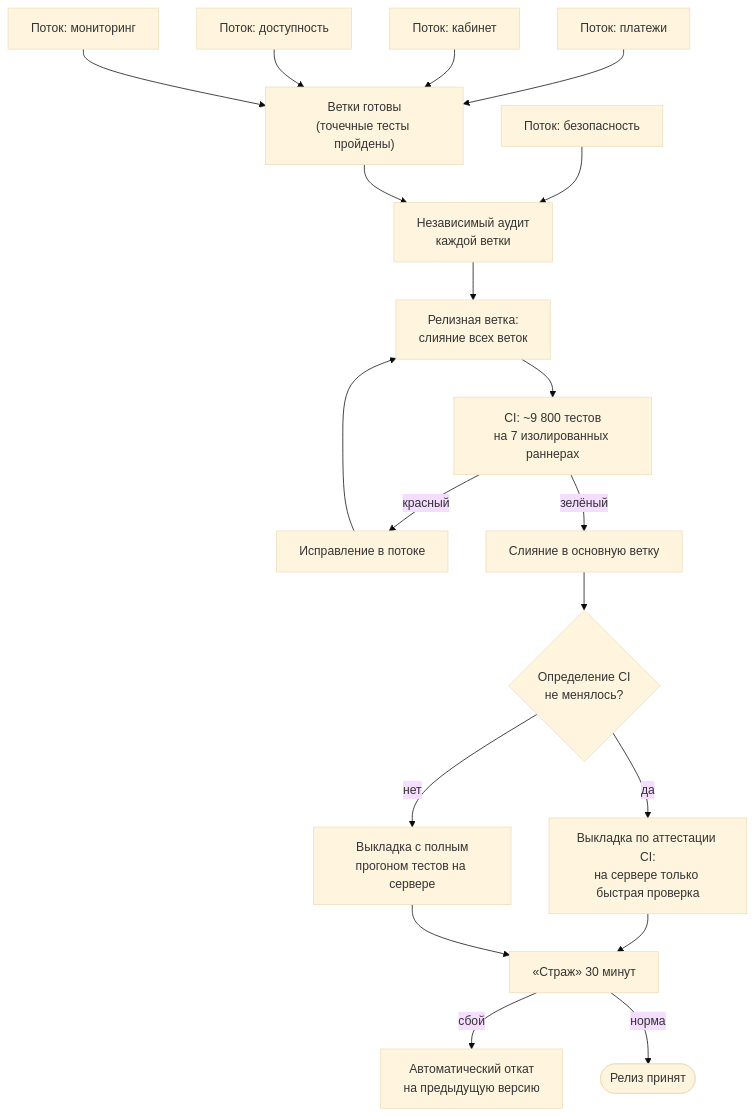
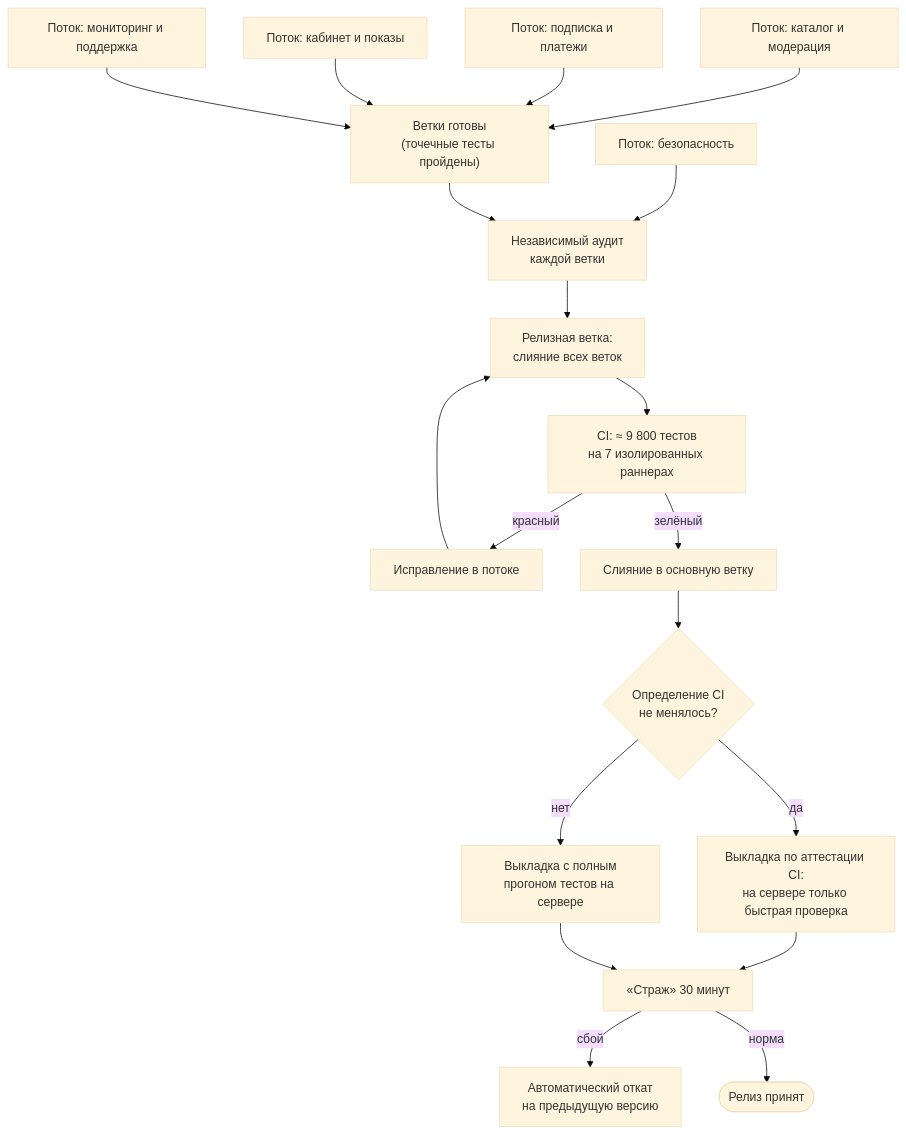
The seventh of 9 diagrams in docs/03-proekt-to-be.md (Dv2Corn/kursovaya), drawn with Mermaid (base theme) before and after one commit. The commit also changed other lines of this file and 4 other files, not shown here.

Commit message:
Курсовая под кейс «Квартирант плюс»: README, введение со сменой бизнес-модели, анализ «как есть», целевые процессы и архитектура со схемами

````diff
--- a/docs/03-proekt-to-be.md
+++ b/docs/03-proekt-to-be.md
@@ -145,20 +297,20 @@
 ```mermaid
 flowchart TD
-    W1["Поток: платежи"] --> R
-    W2["Поток: кабинет"] --> R
-    W3["Поток: доступность"] --> R
-    W4["Поток: мониторинг"] --> R
+    W1["Поток: каталог и модерация"] --> R
+    W2["Поток: подписка и платежи"] --> R
+    W3["Поток: кабинет и показы"] --> R
+    W4["Поток: мониторинг и поддержка"] --> R
     W5["Поток: безопасность"] --> AUD
     R["Ветки готовы<br/>(точечные тесты пройдены)"] --> AUD["Независимый аудит<br/>каждой ветки"]
     AUD --> REL["Релизная ветка:<br/>слияние всех веток"]
-    REL --> CI["CI: ~9 800 тестов<br/>на 7 изолированных раннерах"]
+    REL --> CI["CI: ≈ 9 800 тестов<br/>на 7 изолированных раннерах"]
     CI -- "красный" --> FIX["Исправление в потоке"] --> REL
     CI -- "зелёный" --> MRG["Слияние в основную ветку"]
     MRG --> ATT{"Определение CI<br/>не менялось?"}
     ATT -- "да" --> FAST["Выкладка по аттестации CI:<br/>на сервере только быстрая проверка"]
     ATT -- "нет" --> FULL["Выкладка с полным<br/>прогоном тестов на сервере"]
     FAST --> G["«Страж» 30 минут"]
     FULL --> G
     G -- "сбой" --> RB["Автоматический откат<br/>на предыдущую версию"]
     G -- "норма" --> OK(["Релиз принят"])
 ```
````
